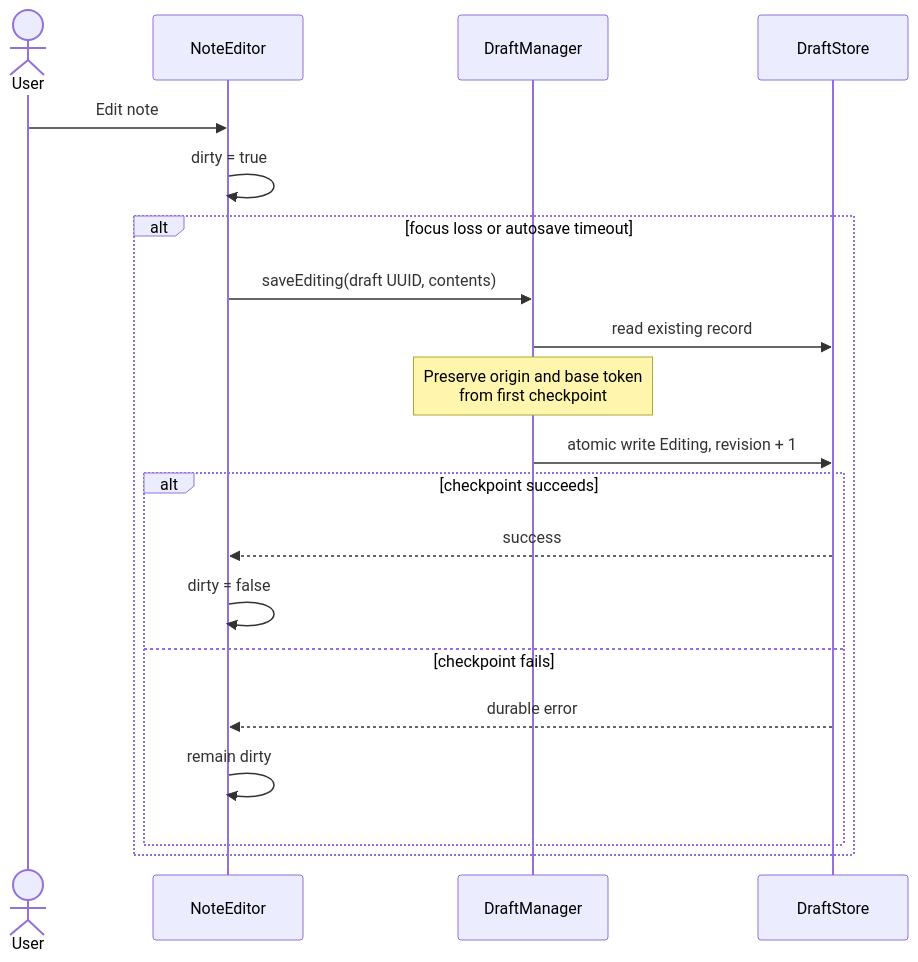
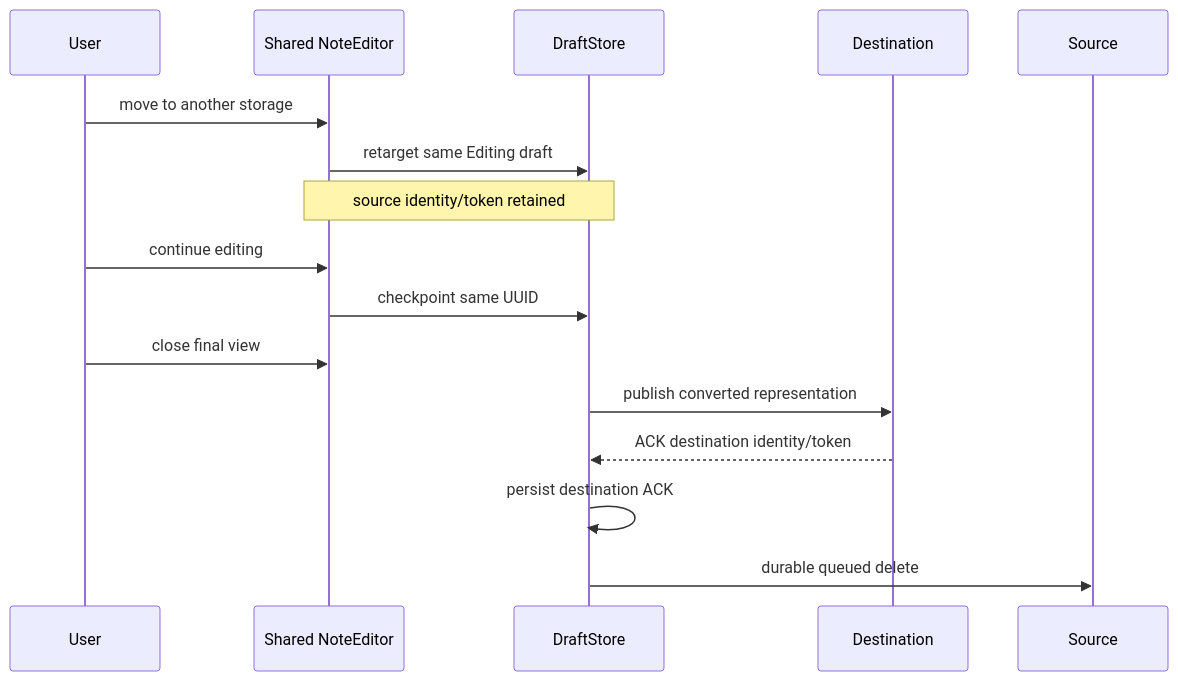
The second of 2 diagrams in docs/note-lifecycle-architecture.md (Ri0n/AnyKeep), drawn with Mermaid before and after one commit. The commit also changed other lines of this file and 40 other files, not shown here.

````diff
--- a/docs/note-lifecycle-architecture.md
+++ b/docs/note-lifecycle-architecture.md
@@ -188,24 +54,19 @@
 ```mermaid
 sequenceDiagram
-    actor U as User
-    participant E as NoteEditor
-    participant DM as DraftManager
-    participant DS as DraftStore
+    participant U as User
+    participant E as Shared NoteEditor
+    participant D as DraftStore
+    participant T as Destination
+    participant S as Source
 
-    U->>E: Edit note
-    E->>E: dirty = true
-
-    alt focus loss or autosave timeout
-        E->>DM: saveEditing(draft UUID, contents)
-        DM->>DS: read existing record
-        Note over DM: Preserve origin and base token<br/>from first checkpoint
-        DM->>DS: atomic write Editing, revision + 1
-        alt checkpoint succeeds
-            DS-->>E: success
-            E->>E: dirty = false
-        else checkpoint fails
-            DS-->>E: durable error
-            E->>E: remain dirty
-        end
-    end
+    U->>E: move to another storage
+    E->>D: retarget same Editing draft
+    Note over E,D: source identity/token retained
+    U->>E: continue editing
+    E->>D: checkpoint same UUID
+    U->>E: close final view
+    D->>T: publish converted representation
+    T-->>D: ACK destination identity/token
+    D->>D: persist destination ACK
+    D->>S: durable queued delete
 ```
````
